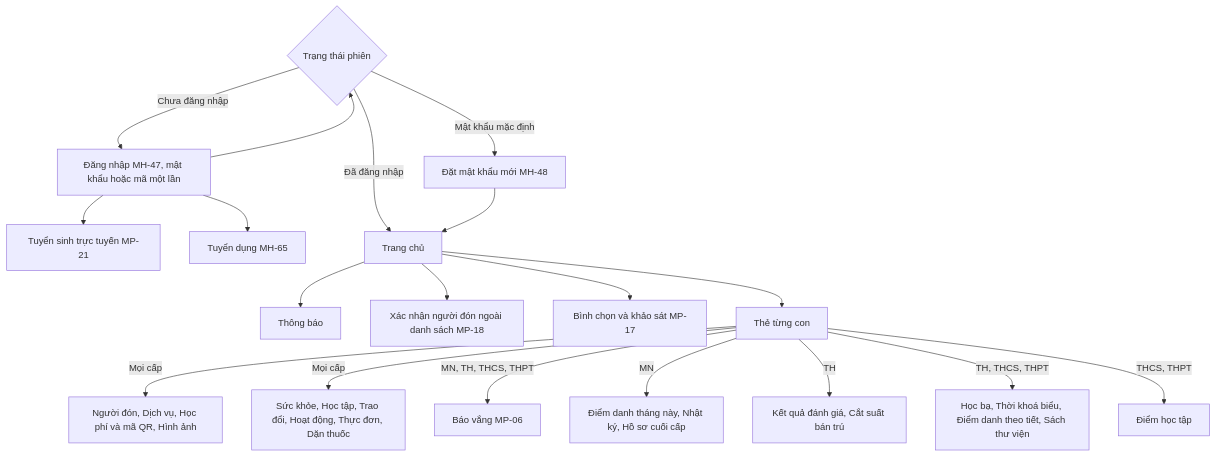
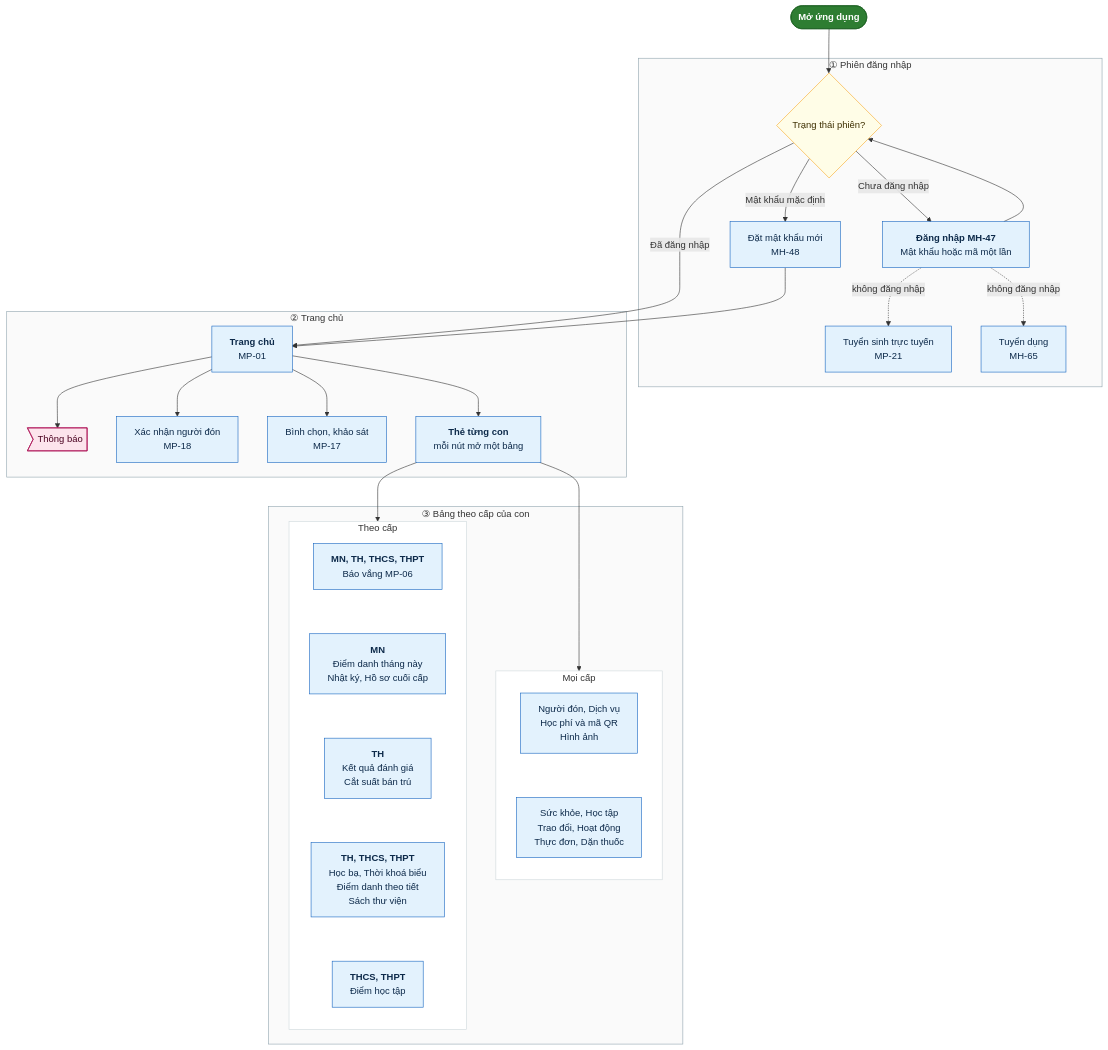
The eighth of 8 diagrams in tai_lieu/34_TONG_HOP_CHUC_NANG_HE_THONG/06_THU_VIEN_HOC_LIEU_VA_UNG_DUNG.md (luckyshopvn/school_management), drawn with Mermaid before and after one commit. The commit also changed other lines of this file and 8 other files, not shown here.

````diff
--- a/tai_lieu/34_TONG_HOP_CHUC_NANG_HE_THONG/06_THU_VIEN_HOC_LIEU_VA_UNG_DUNG.md
+++ b/tai_lieu/34_TONG_HOP_CHUC_NANG_HE_THONG/06_THU_VIEN_HOC_LIEU_VA_UNG_DUNG.md
@@ -532,21 +783,69 @@
 ```mermaid
 flowchart TD
-    S{"Trạng thái phiên"} -->|"Chưa đăng nhập"| L["Đăng nhập MH-47, mật khẩu hoặc mã một lần"]
-    L --> AD["Tuyển sinh trực tuyến MP-21"]
-    L --> RC["Tuyển dụng MH-65"]
-    S -->|"Mật khẩu mặc định"| AV["Đặt mật khẩu mới MH-48"]
-    S -->|"Đã đăng nhập"| H["Trang chủ"]
+  classDef batdau fill:#2e7d32,stroke:#1b5e20,color:#ffffff,font-weight:bold
+  classDef ketthuc fill:#37474f,stroke:#263238,color:#ffffff,font-weight:bold
+  classDef nguoi fill:#e3f2fd,stroke:#1565c0,color:#0d2a4a
+  classDef heth fill:#eceff1,stroke:#546e7a,color:#263238
+  classDef duyet fill:#fff3e0,stroke:#ef6c00,color:#4e2600
+  classDef hoi fill:#fffde7,stroke:#f9a825,color:#3e2f00
+  classDef bao fill:#fce4ec,stroke:#ad1457,color:#4a0020
+  classDef chan fill:#ffebee,stroke:#c62828,color:#5f0000
+  classDef dulieu fill:#ede7f6,stroke:#5e35b1,color:#1f0f4d
+
+  O(["Mở ứng dụng"]):::batdau
+
+  subgraph P1["① Phiên đăng nhập"]
+    S{"Trạng thái phiên?"}:::hoi
+    L["<b>Đăng nhập MH-47</b><br/>Mật khẩu hoặc mã một lần"]:::nguoi
+    AV["Đặt mật khẩu mới<br/>MH-48"]:::nguoi
+    AD["Tuyển sinh trực tuyến<br/>MP-21"]:::nguoi
+    RC["Tuyển dụng<br/>MH-65"]:::nguoi
+    S -->|"Chưa đăng nhập"| L
+    S -->|"Mật khẩu mặc định"| AV
     L --> S
-    AV --> H
-    H --> NT["Thông báo"]
-    H --> PC["Xác nhận người đón ngoài danh sách MP-18"]
-    H --> PL["Bình chọn và khảo sát MP-17"]
-    H --> CC["Thẻ từng con"]
-    CC -->|"Mọi cấp"| G1["Người đón, Dịch vụ, Học phí và mã QR, Hình ảnh"]
-    CC -->|"Mọi cấp"| G2["Sức khỏe, Học tập, Trao đổi, Hoạt động, Thực đơn, Dặn thuốc"]
-    CC -->|"MN, TH, THCS, THPT"| AB["Báo vắng MP-06"]
-    CC -->|"MN"| G3["Điểm danh tháng này, Nhật ký, Hồ sơ cuối cấp"]
-    CC -->|"TH"| G4["Kết quả đánh giá, Cắt suất bán trú"]
-    CC -->|"TH, THCS, THPT"| G5["Học bạ, Thời khoá biểu, Điểm danh theo tiết, Sách thư viện"]
-    CC -->|"THCS, THPT"| G6["Điểm học tập"]
+    L -.->|"không đăng nhập"| AD
+    L -.->|"không đăng nhập"| RC
+  end
+
+  subgraph P2["② Trang chủ"]
+    H["<b>Trang chủ</b><br/>MP-01"]:::nguoi
+    NT>"Thông báo"]:::bao
+    PC["Xác nhận người đón<br/>MP-18"]:::nguoi
+    PL["Bình chọn, khảo sát<br/>MP-17"]:::nguoi
+    CC["<b>Thẻ từng con</b><br/>mỗi nút mở một bảng"]:::nguoi
+    H --> NT
+    H --> PC
+    H --> PL
+    H --> CC
+  end
+
+  subgraph P3["③ Bảng theo cấp của con"]
+    subgraph Q1["Mọi cấp"]
+      direction TB
+      G1["Người đón, Dịch vụ<br/>Học phí và mã QR<br/>Hình ảnh"]:::nguoi
+      G2["Sức khỏe, Học tập<br/>Trao đổi, Hoạt động<br/>Thực đơn, Dặn thuốc"]:::nguoi
+      G1 ~~~ G2
+    end
+    subgraph Q2["Theo cấp"]
+      direction TB
+      AB["<b>MN, TH, THCS, THPT</b><br/>Báo vắng MP-06"]:::nguoi
+      G3["<b>MN</b><br/>Điểm danh tháng này<br/>Nhật ký, Hồ sơ cuối cấp"]:::nguoi
+      G4["<b>TH</b><br/>Kết quả đánh giá<br/>Cắt suất bán trú"]:::nguoi
+      G5["<b>TH, THCS, THPT</b><br/>Học bạ, Thời khoá biểu<br/>Điểm danh theo tiết<br/>Sách thư viện"]:::nguoi
+      G6["<b>THCS, THPT</b><br/>Điểm học tập"]:::nguoi
+      AB ~~~ G3 ~~~ G4 ~~~ G5 ~~~ G6
+    end
+  end
+
+  O --> S
+  S -->|"Đã đăng nhập"| H
+  AV --> H
+  CC --> Q1
+  CC --> Q2
+
+  style P1 fill:#fafafa,stroke:#90a4ae
+  style P2 fill:#fafafa,stroke:#90a4ae
+  style P3 fill:#fafafa,stroke:#90a4ae
+  style Q1 fill:#ffffff,stroke:#cfd8dc
+  style Q2 fill:#ffffff,stroke:#cfd8dc
 ```
````
